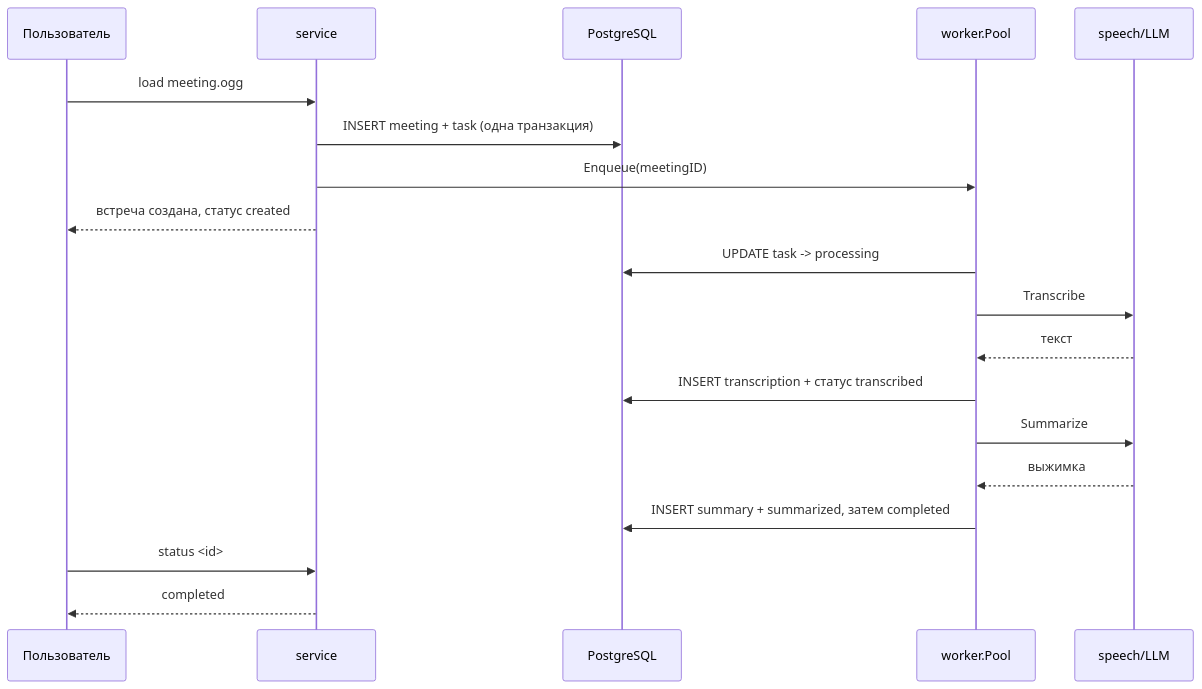
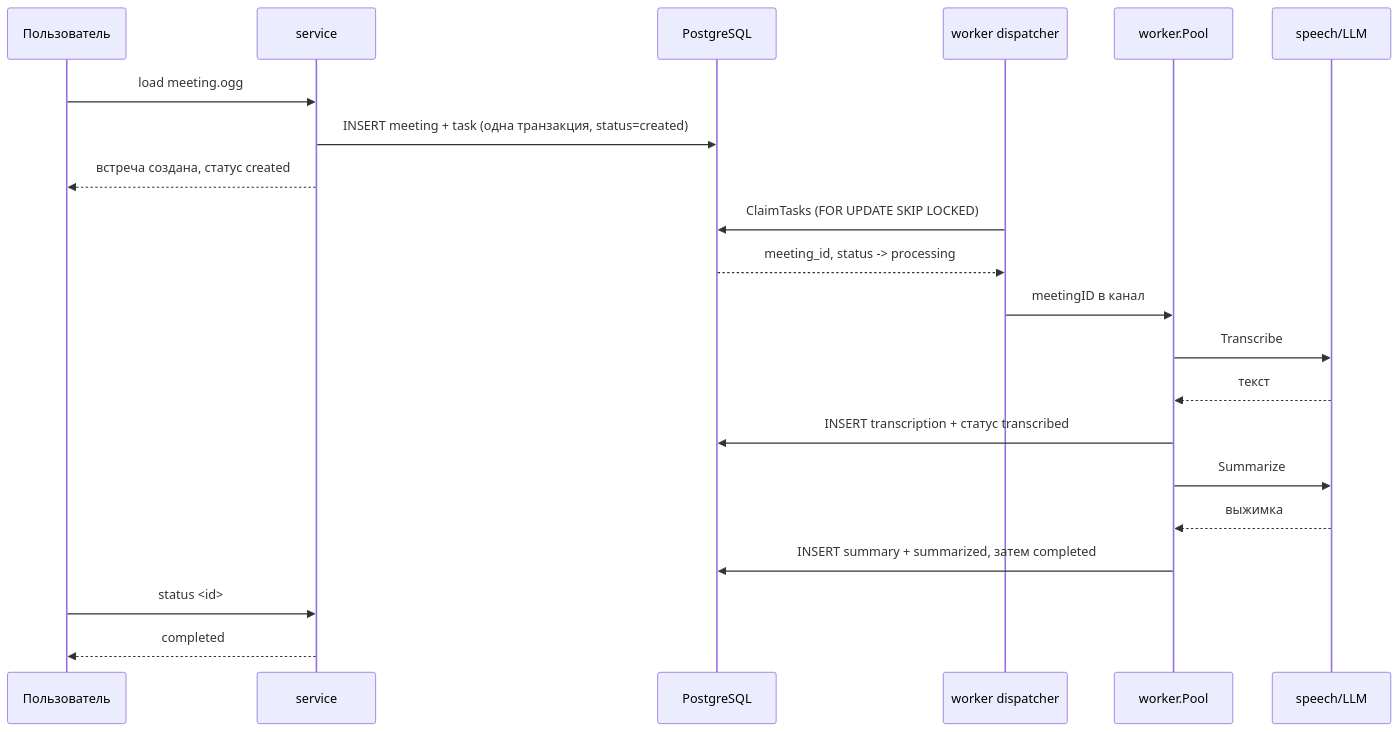
The fourth of 4 diagrams in docs/ARCHITECTURE.md (subtotalstew/meeting-assistant), drawn with Mermaid before and after one commit. The commit also changed other lines of this file and 1 other file, not shown here.

````diff
--- a/docs/ARCHITECTURE.md
+++ b/docs/ARCHITECTURE.md
@@ -135,22 +145,24 @@
 ```mermaid
 sequenceDiagram
     participant U as Пользователь
     participant S as service
     participant DB as PostgreSQL
+    participant D as worker dispatcher
     participant P as worker.Pool
     participant C as speech/LLM
 
     U->>S: load meeting.ogg
-    S->>DB: INSERT meeting + task (одна транзакция)
-    S->>P: Enqueue(meetingID)
+    S->>DB: INSERT meeting + task (одна транзакция, status=created)
     S-->>U: встреча создана, статус created
-    P->>DB: UPDATE task -> processing
+    D->>DB: ClaimTasks (FOR UPDATE SKIP LOCKED)
+    DB-->>D: meeting_id, status -> processing
+    D->>P: meetingID в канал
     P->>C: Transcribe
     C-->>P: текст
     P->>DB: INSERT transcription + статус transcribed
     P->>C: Summarize
     C-->>P: выжимка
     P->>DB: INSERT summary + summarized, затем completed
     U->>S: status <id>
     S-->>U: completed
 ```
````
